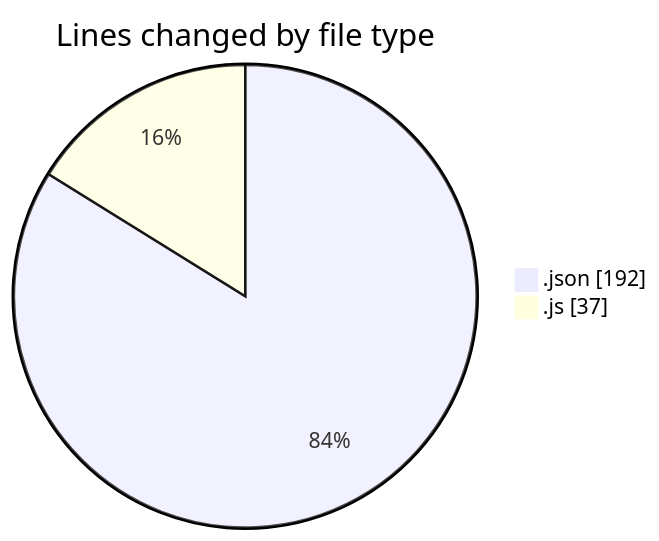
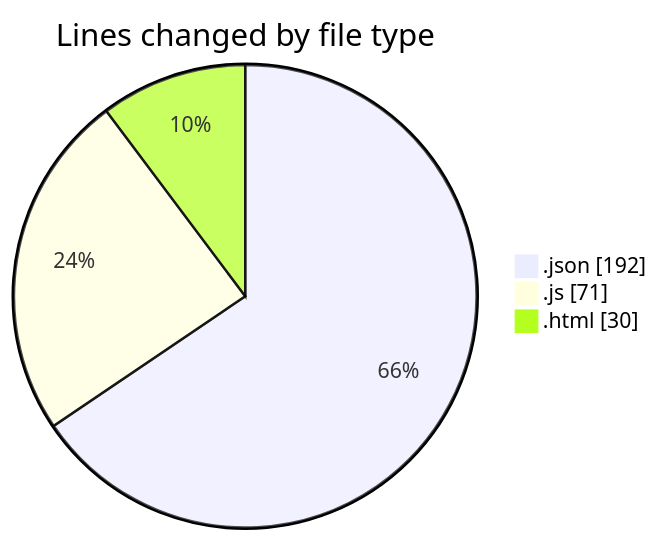
The first of 2 diagrams in 2025-07-05/hidden_search_widget/README.md (Ritupan-Deka/code-tracking), drawn with Mermaid before and after one commit. The commit also changed other lines of this file and 1 other file, not shown here.

````diff
--- a/2025-07-05/hidden_search_widget/README.md
+++ b/2025-07-05/hidden_search_widget/README.md
@@ -21,6 +22,7 @@
 ```mermaid
 pie showData
 title Lines changed by file type
 ".json" : 192
-".js" : 37
+".js" : 71
+".html" : 30
 ```
````
